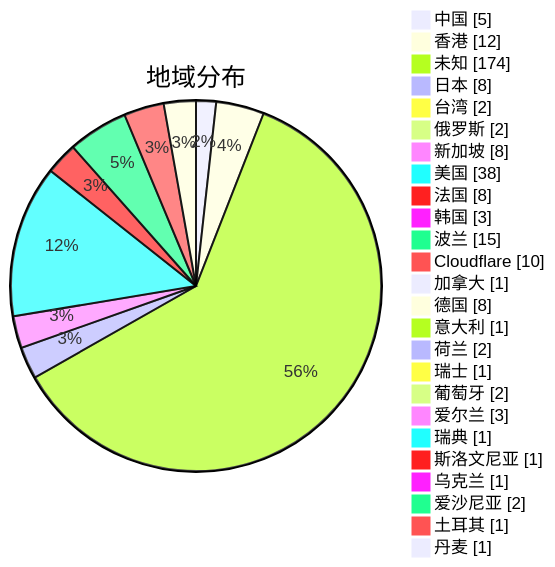
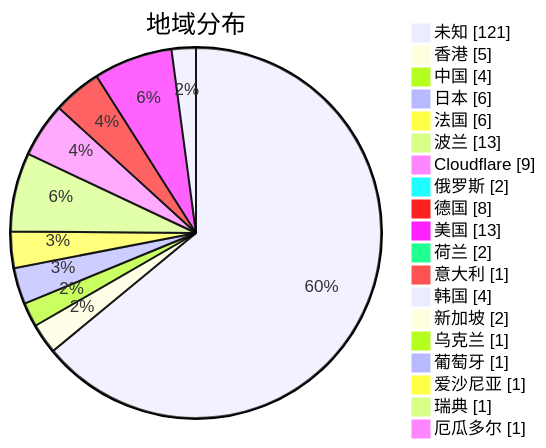
One commit to sinspired/airport changed the second of 3 diagrams in subs/statistics/tested_within.md. Above: the diagram before and after it, drawn with Mermaid. The commit also changed other lines of this file and 2 other files, not shown here.

Commit message:
Committed by metaST

````diff
--- a/subs/statistics/tested_within.md
+++ b/subs/statistics/tested_within.md
@@ -14,29 +12,23 @@
 ```mermaid
 pie showData
 title 地域分布
-"中国" : 5
-"香港" : 12
-"未知" : 174
-"日本" : 8
-"台湾" : 2
+"未知" : 121
+"香港" : 5
+"中国" : 4
+"日本" : 6
+"法国" : 6
+"波兰" : 13
+"Cloudflare" : 9
 "俄罗斯" : 2
-"新加坡" : 8
-"美国" : 38
-"法国" : 8
-"韩国" : 3
-"波兰" : 15
-"Cloudflare" : 10
-"加拿大" : 1
 "德国" : 8
+"美国" : 13
+"荷兰" : 2
 "意大利" : 1
-"荷兰" : 2
-"瑞士" : 1
-"葡萄牙" : 2
-"爱尔兰" : 3
+"韩国" : 4
+"新加坡" : 2
+"乌克兰" : 1
+"葡萄牙" : 1
+"爱沙尼亚" : 1
 "瑞典" : 1
-"斯洛文尼亚" : 1
-"乌克兰" : 1
-"爱沙尼亚" : 2
-"土耳其" : 1
-"丹麦" : 1
+"厄瓜多尔" : 1
 ```
````
